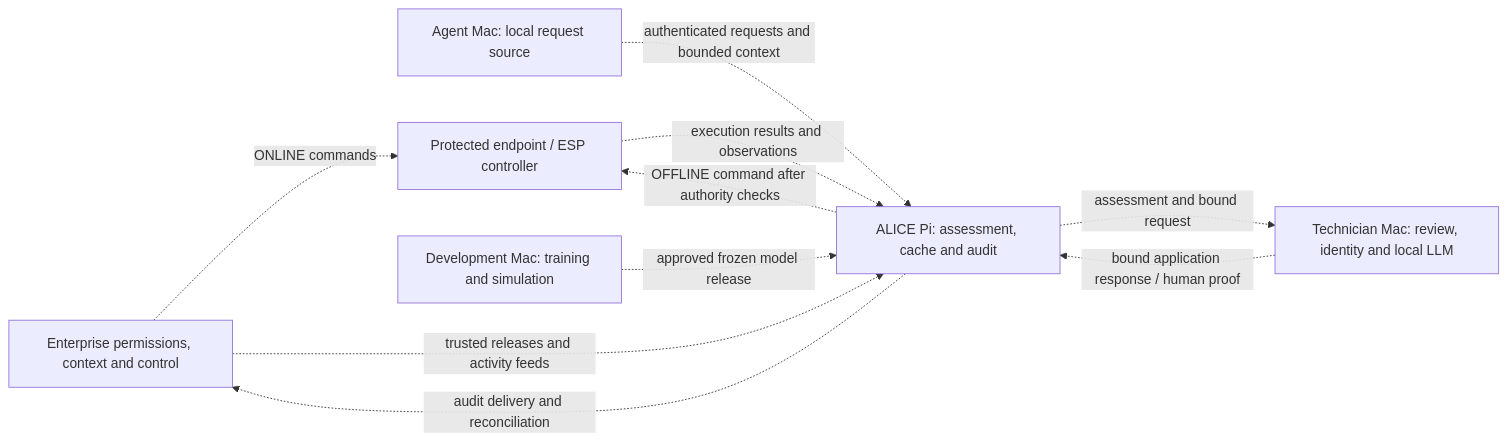
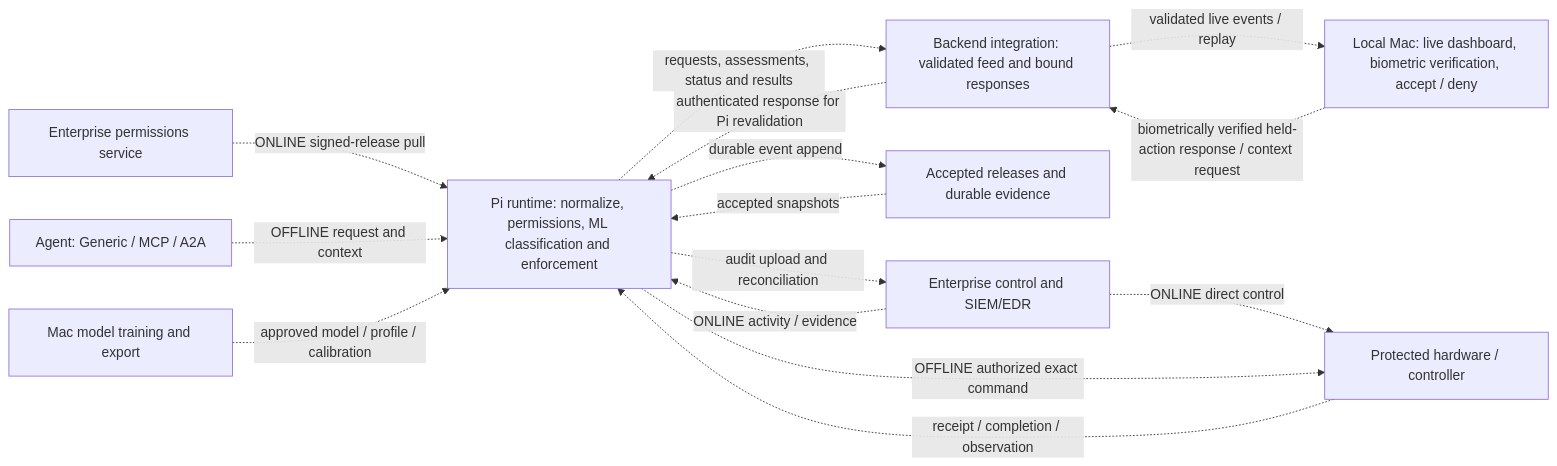
The first of 2 diagrams in architecture.md (theoberk25/Alice), drawn with Mermaid before and after one commit. The commit also changed other lines of this file and 12 other files, not shown here.

Commit message:
Align architecture with Pi classification and biometric Mac review

````diff
--- a/architecture.md
+++ b/architecture.md
@@ -35,18 +47,26 @@
 ```mermaid
 flowchart LR
-    Enterprise["Enterprise permissions, context and control"]
-    Agent["Agent Mac: local request source"]
-    Pi["ALICE Pi: assessment, cache and audit"]
-    Tech["Technician Mac: review, identity and local LLM"]
-    Device["Protected endpoint / ESP controller"]
-    Lab["Development Mac: training and simulation"]
-    Enterprise -. "ONLINE commands" .-> Device
-    Enterprise -. "trusted releases and activity feeds" .-> Pi
-    Agent -. "authenticated requests and bounded context" .-> Pi
-    Pi -. "assessment and bound request" .-> Tech
-    Tech -. "bound application response / human proof" .-> Pi
-    Pi -. "OFFLINE command after authority checks" .-> Device
-    Device -. "execution results and observations" .-> Pi
-    Pi -. "audit delivery and reconciliation" .-> Enterprise
-    Lab -. "approved frozen model release" .-> Pi
+    Permission["Enterprise permissions service"]
+    Enterprise["Enterprise control and SIEM/EDR"]
+    Agent["Agent: Generic / MCP / A2A"]
+    Pi["Pi runtime: normalize, permissions, ML classification and enforcement"]
+    Storage["Accepted releases and durable evidence"]
+    Backend["Backend integration: validated feed and bound responses"]
+    Dashboard["Local Mac: live dashboard, biometric verification, accept / deny"]
+    Device["Protected hardware / controller"]
+    Lab["Mac model training and export"]
+    Permission -. "ONLINE signed-release pull" .-> Pi
+    Enterprise -. "ONLINE activity / evidence" .-> Pi
+    Enterprise -. "ONLINE direct control" .-> Device
+    Agent -. "OFFLINE request and context" .-> Pi
+    Lab -. "approved model / profile / calibration" .-> Pi
+    Storage -. "accepted snapshots" .-> Pi
+    Pi -. "durable event append" .-> Storage
+    Pi -. "requests, assessments, status and results" .-> Backend
+    Backend -. "validated live events / replay" .-> Dashboard
+    Dashboard -. "biometrically verified held-action response / context request" .-> Backend
+    Backend -. "authenticated response for Pi revalidation" .-> Pi
+    Pi -. "OFFLINE authorized exact command" .-> Device
+    Device -. "receipt / completion / observation" .-> Pi
+    Pi -. "audit upload and reconciliation" .-> Enterprise
 ```
````
